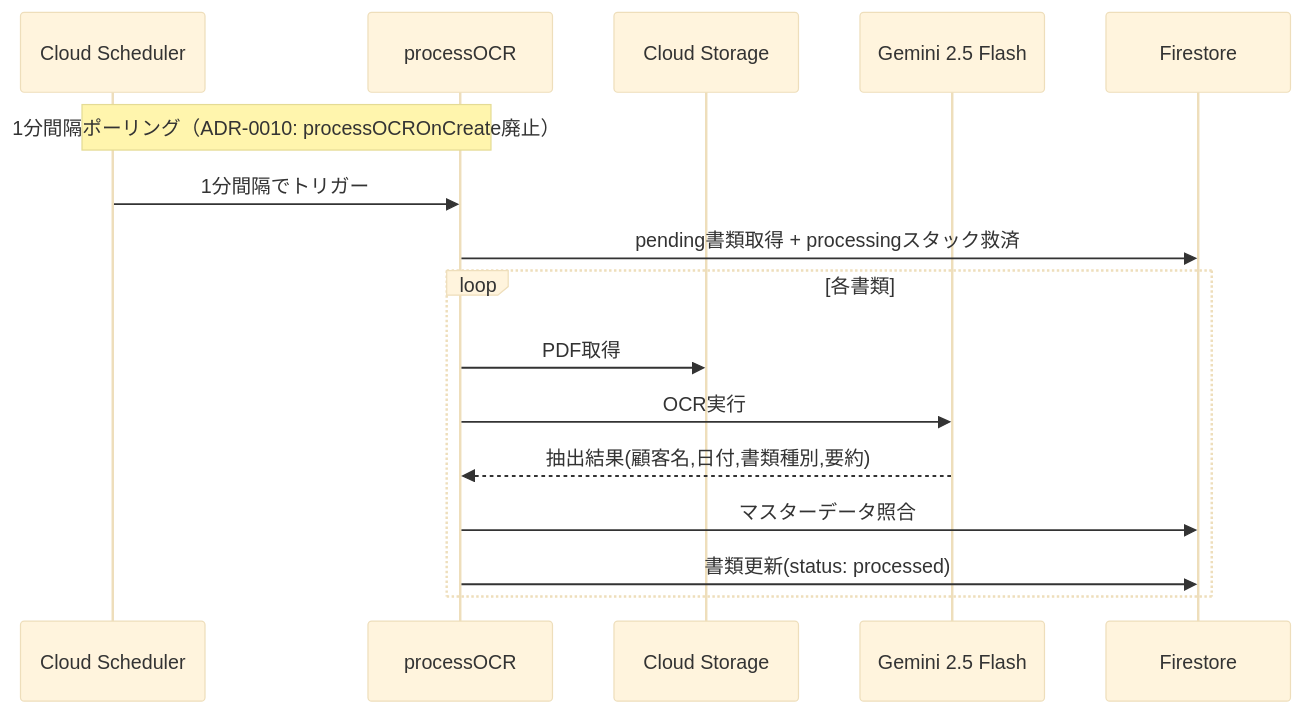
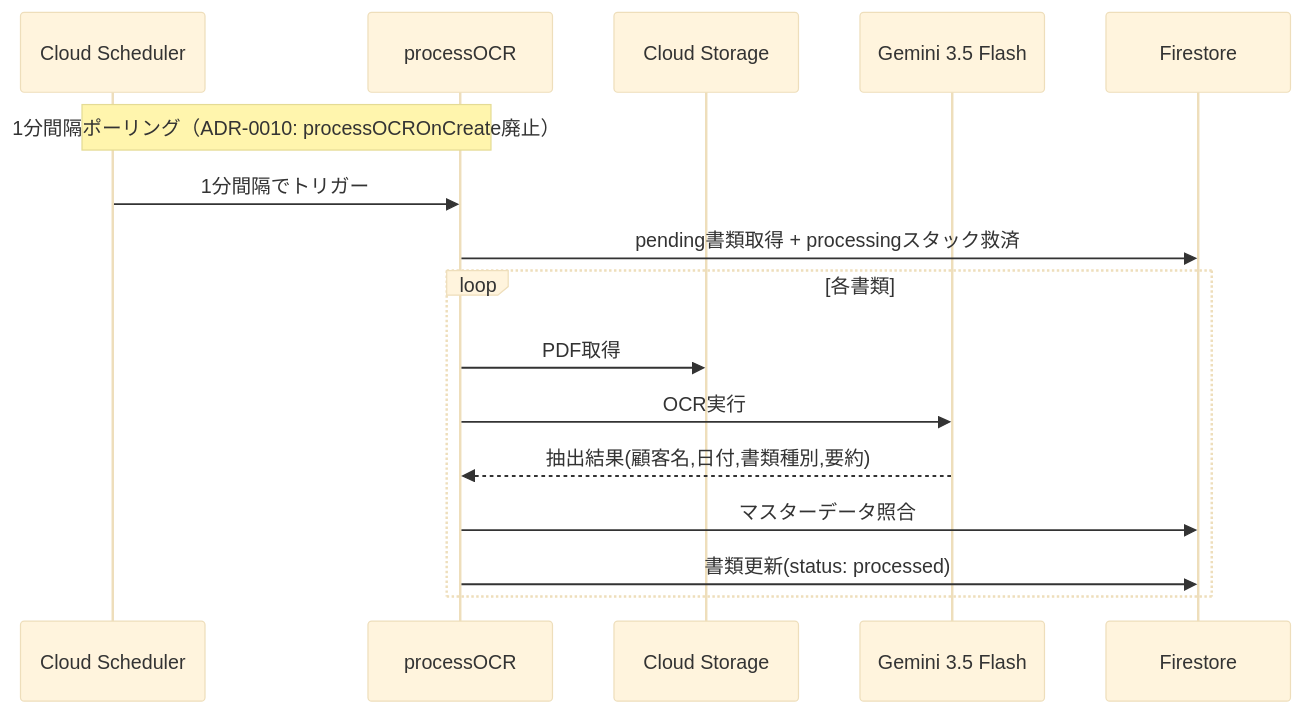
Before and after one commit to yasushi-honda/doc-split: the third of 6 diagrams in docs/architecture.md, drawn with Mermaid (base theme). The commit also changed other lines of this file and 15 other files, not shown here.

````diff
--- a/docs/architecture.md
+++ b/docs/architecture.md
@@ -83,20 +83,20 @@
 ```mermaid
 sequenceDiagram
     participant Scheduler as Cloud Scheduler
     participant ProcessOCR as processOCR
     participant Storage as Cloud Storage
-    participant Gemini as Gemini 2.5 Flash
+    participant Gemini as Gemini 3.5 Flash
     participant Firestore as Firestore
 
     Note over Scheduler,ProcessOCR: 1分間隔ポーリング（ADR-0010: processOCROnCreate廃止）
     Scheduler->>ProcessOCR: 1分間隔でトリガー
     ProcessOCR->>Firestore: pending書類取得 + processingスタック救済
 
     loop 各書類
         ProcessOCR->>Storage: PDF取得
         ProcessOCR->>Gemini: OCR実行
         Gemini-->>ProcessOCR: 抽出結果(顧客名,日付,書類種別,要約)
         ProcessOCR->>Firestore: マスターデータ照合
         ProcessOCR->>Firestore: 書類更新(status: processed)
     end
 ```
````
